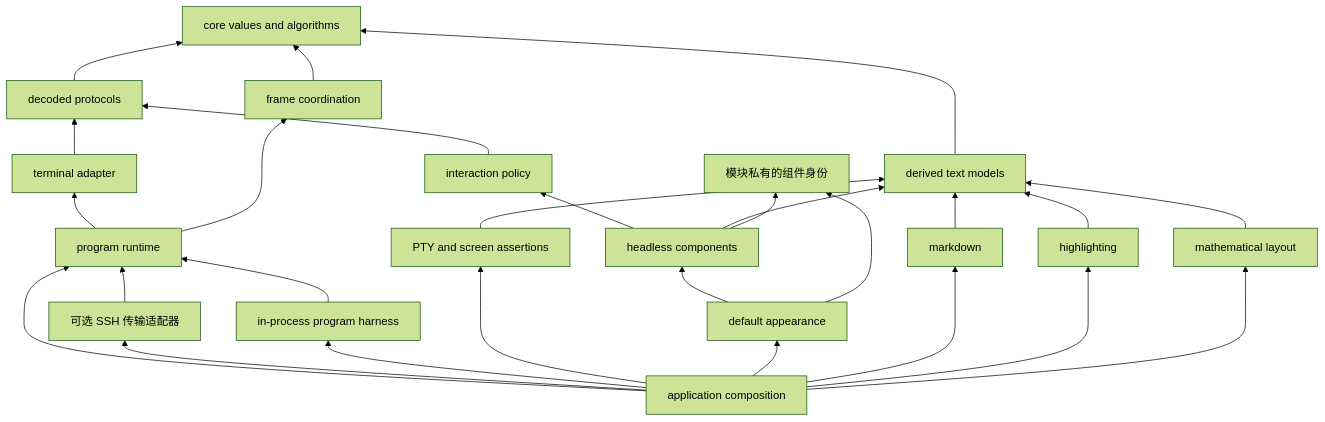
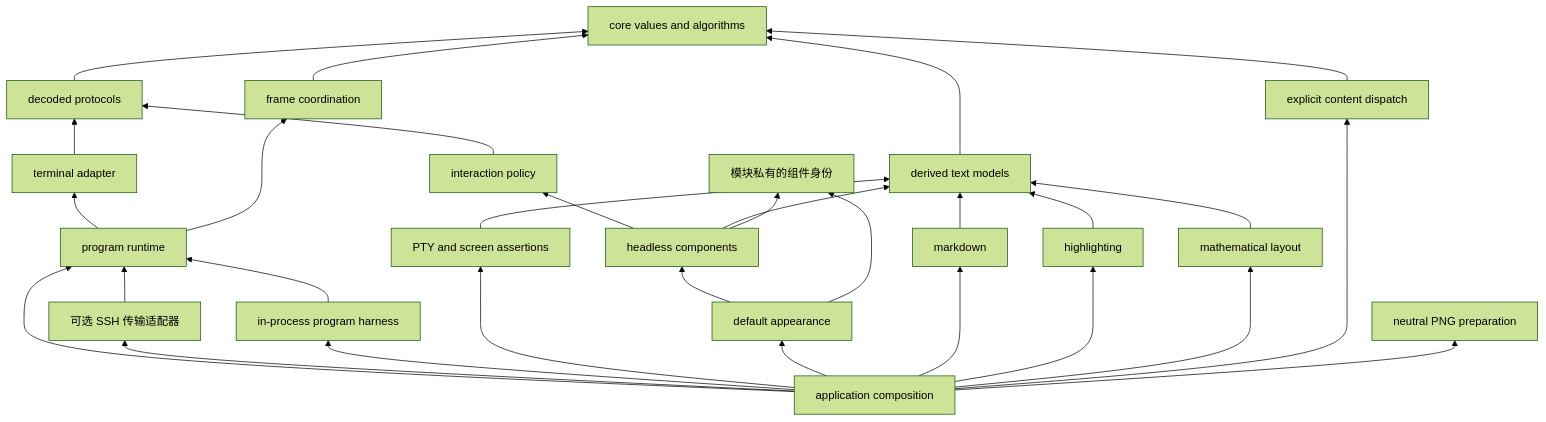
Before and after one commit to Tangerg/oolong: the third of 3 diagrams in docs/zh/architecture.md, drawn with Mermaid (forest theme). The commit also changed other lines of this file and 142 other files, not shown here.

````diff
--- a/docs/zh/architecture.md
+++ b/docs/zh/architecture.md
@@ -302,31 +302,34 @@
 ```mermaid
 flowchart BT
     Foundation["core values and algorithms"]
     Protocol["decoded protocols"] --> Foundation
     Model["derived text models"] --> Foundation
     Interaction["interaction policy"] --> Protocol
     Coordination["frame coordination"] --> Foundation
     Term["terminal adapter"] --> Protocol
     Program["program runtime"] --> Term
     Program --> Coordination
     SSH["可选 SSH 传输适配器"] --> Program
     ProgramTest["in-process program harness"] --> Program
     Harness["PTY and screen assertions"] --> Model
     ComponentIdentity["模块私有的组件身份"]
     Headless["headless components"] --> Interaction
     Headless --> Model
     Headless --> ComponentIdentity
     Kit["default appearance"] --> Headless
     Kit --> ComponentIdentity
+    Content["explicit content dispatch"] --> Foundation
     Markdown["markdown"] --> Model
     Highlight["highlighting"] --> Model
     Latex["mathematical layout"] --> Model
     App["application composition"] --> Program
     App --> SSH
     App --> ProgramTest
     App --> Harness
     App --> Kit
     App --> Markdown
     App --> Highlight
     App --> Latex
+    App --> Content
+    App --> Mermaid["neutral PNG preparation"]
 ```
````
